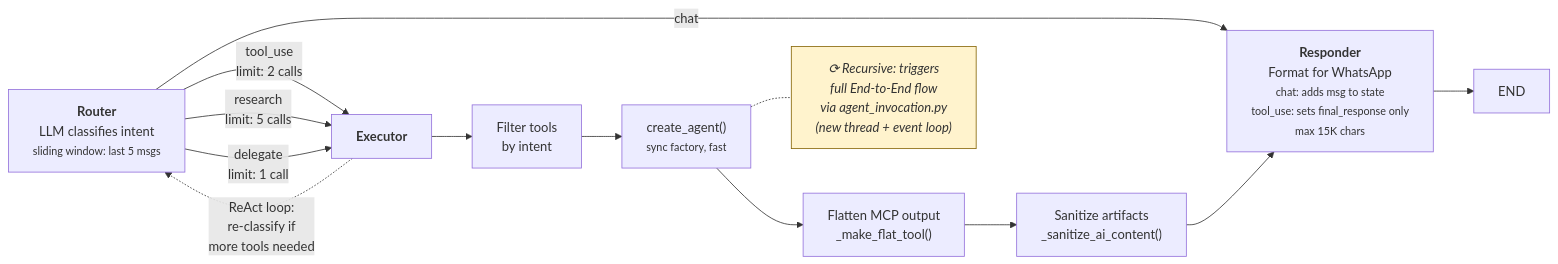
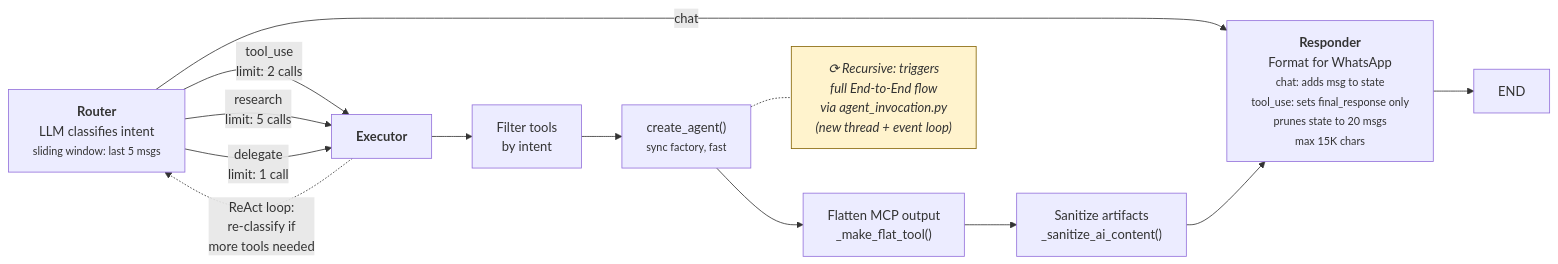
Before and after one commit to jeancsil/agntrick: the second of 2 diagrams in AGENTS.md, drawn with Mermaid. The commit also changed 2 other files, not shown here.

Commit message:
feat: prune checkpointer state to bounded window of 20 messages
The SQLite checkpointer accumulated all messages forever, causing input
token costs to grow linearly (11,898 tokens by turn 40). Now the
responder node returns RemoveMessage objects for messages older than
_MAX_STATE_MESSAGES (20), keeping state bounded. The LLM still only
sees 5 messages per turn via windowing — the 20 is just checkpointer
storage for multi-turn follow-up resolution.

````diff
--- a/AGENTS.md
+++ b/AGENTS.md
@@ -236,25 +236,25 @@
 ```mermaid
 flowchart LR
     ROUTER["<b>Router</b><br/>LLM classifies intent<br/><small>sliding window: last 5 msgs</small>"]
 
     ROUTER -->|"chat"| RESP
     ROUTER -->|"tool_use<br/>limit: 2 calls"| EXEC
     ROUTER -->|"research<br/>limit: 5 calls"| EXEC
     ROUTER -->|"delegate<br/>limit: 1 call"| EXEC
 
     EXEC["<b>Executor</b>"]
     EXEC --> FILT["Filter tools<br/>by intent"]
     FILT --> SUB["create_agent()<br/><small>sync factory, fast</small>"]
     SUB --> FLAT["Flatten MCP output<br/>_make_flat_tool()"]
     FLAT --> CLEAN["Sanitize artifacts<br/>_sanitize_ai_content()"]
     CLEAN --> RESP
 
     EXEC -.->|"ReAct loop:<br/>re-classify if<br/>more tools needed"| ROUTER
 
     SUB -.- note1["⟳ Recursive: triggers<br/>full End-to-End flow<br/>via agent_invocation.py<br/>(new thread + event loop)"]:::note
 
-    RESP["<b>Responder</b><br/>Format for WhatsApp<br/><small>chat: adds msg to state<br/>tool_use: sets final_response only<br/>max 15K chars</small>"]
+    RESP["<b>Responder</b><br/>Format for WhatsApp<br/><small>chat: adds msg to state<br/>tool_use: sets final_response only<br/>prunes state to 20 msgs<br/>max 15K chars</small>"]
     RESP --> END_NODE["END"]
 
     classDef note fill:#fff3cd,stroke:#856404,color:#333,font-style:italic
 ```
````
